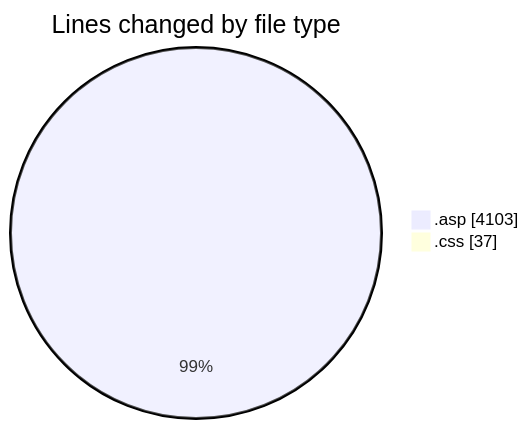
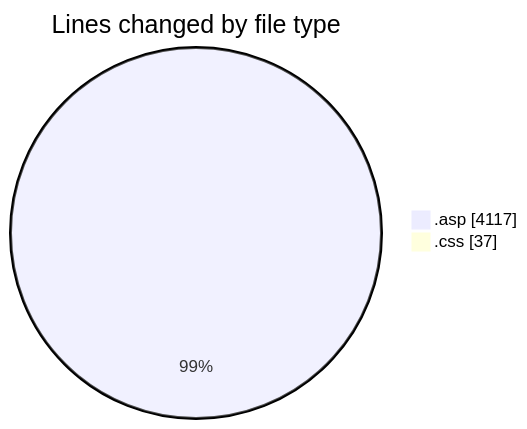
The first of 2 diagrams in 2025-11-02/cdp_aleoudev_fr__workspace_/README.md (julien-gomy/code-tracking), drawn with Mermaid before and after one commit. The commit also changed other lines of this file and 1 other file, not shown here.

````diff
--- a/2025-11-02/cdp_aleoudev_fr__workspace_/README.md
+++ b/2025-11-02/cdp_aleoudev_fr__workspace_/README.md
@@ -24,6 +24,6 @@
 ```mermaid
 pie showData
 title Lines changed by file type
-".asp" : 4103
+".asp" : 4117
 ".css" : 37
 ```
````
